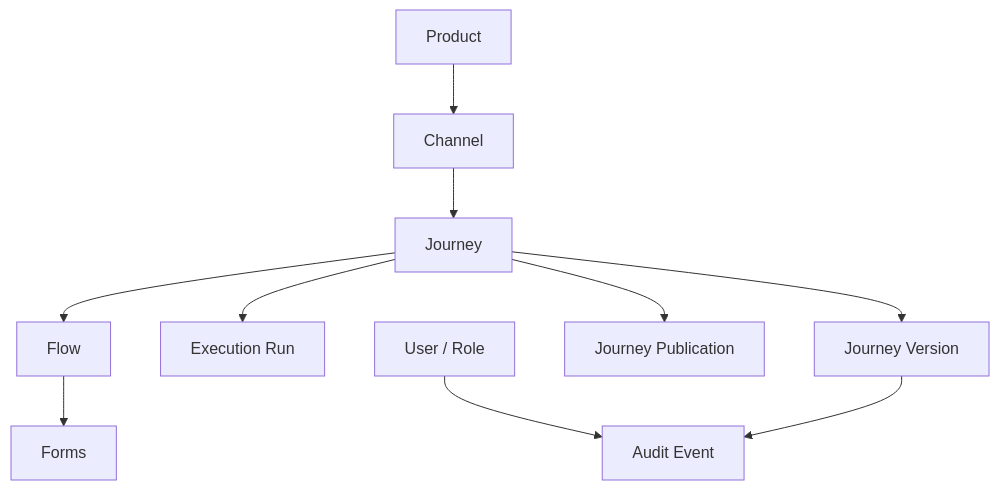
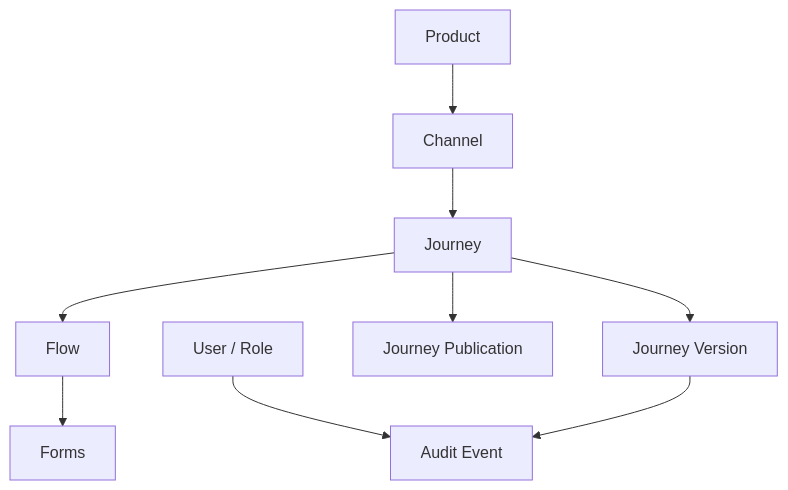
One commit to hermesnet-git/journey-admin changed the first of 3 diagrams in requisitos/admin/ej-admin-modelo-dados-conceitual.md. Above: the diagram before and after it, drawn with Mermaid. The commit also changed other lines of this file and 5 other files, not shown here.

````diff
--- a/requisitos/admin/ej-admin-modelo-dados-conceitual.md
+++ b/requisitos/admin/ej-admin-modelo-dados-conceitual.md
@@ -53,23 +57,21 @@
 ```mermaid
 flowchart TD
     PRODUCT[Product]
     CHANNEL[Channel]
     JOURNEY[Journey]
     FLOW[Flow]
     FORMS[Forms]
-    EXECUTION[Execution Run]
     VERSION[Journey Version]
     PUBLICATION[Journey Publication]
     USER[User / Role]
     AUDIT[Audit Event]
 
     PRODUCT --> CHANNEL
     CHANNEL --> JOURNEY
     JOURNEY --> FLOW
-    JOURNEY --> EXECUTION
     JOURNEY --> VERSION
     JOURNEY --> PUBLICATION
     USER --> AUDIT
     VERSION --> AUDIT
     FLOW --> FORMS
 ```
````
